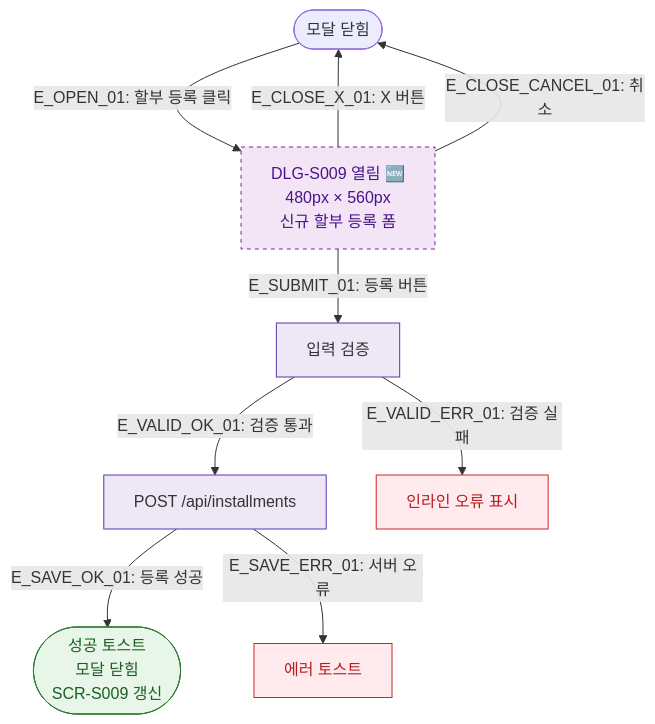
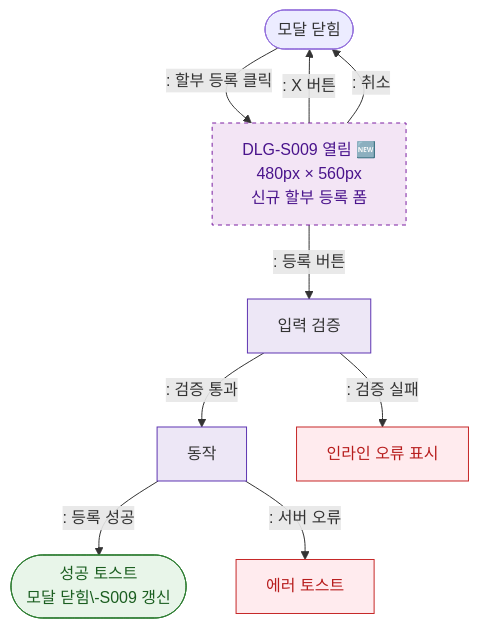
Before and after one commit to dev-spogym/admin-pando: the diagram in docs/다이어그램/D03_매출관리/DLG-S009_할부등록/M1_모달생명주기.md, drawn with Mermaid. The commit also changed other lines of this file and 1660 other files, not shown here.

First line of the commit message:
다이어그램: 기획자/클라이언트 납품본으로 정리

````diff
--- a/docs/다이어그램/D03_매출관리/DLG-S009_할부등록/M1_모달생명주기.md
+++ b/docs/다이어그램/D03_매출관리/DLG-S009_할부등록/M1_모달생명주기.md
@@ -20,24 +18,24 @@
 ```mermaid
 flowchart TD
-    CLOSED([모달 닫힘]) -->|"E_OPEN_01: 할부 등록 클릭"| OPEN[DLG-S009 열림 🆕\n480px × 560px\n신규 할부 등록 폼]
+    CLOSED([모달 닫힘]) -->|": 할부 등록 클릭"|OPEN[DLG-S009 열림 🆕\n480px × 560px\n신규 할부 등록 폼]
 
-    OPEN -->|"E_SUBMIT_01: 등록 버튼"| VALIDATE[입력 검증]
-    OPEN -->|"E_CLOSE_X_01: X 버튼"| CLOSED
-    OPEN -->|"E_CLOSE_CANCEL_01: 취소"| CLOSED
+    OPEN -->|": 등록 버튼"|VALIDATE[입력 검증]
+    OPEN -->|": X 버튼"|CLOSED
+    OPEN -->|": 취소"|CLOSED
 
-    VALIDATE -->|"E_VALID_OK_01: 검증 통과"| SAVE[POST /api/installments]
-    VALIDATE -->|"E_VALID_ERR_01: 검증 실패"| ERR_INLINE[인라인 오류 표시]
+    VALIDATE -->|": 검증 통과"|SAVE[동작]
+    VALIDATE -->|": 검증 실패"|ERR_INLINE[인라인 오류 표시]
 
-    SAVE -->|"E_SAVE_OK_01: 등록 성공"| SUCCESS([성공 토스트\n모달 닫힘\nSCR-S009 갱신])
-    SAVE -->|"E_SAVE_ERR_01: 서버 오류"| ERR_TOAST[에러 토스트]
+    SAVE -->|": 등록 성공"|SUCCESS([성공 토스트\n모달 닫힘\-S009 갱신])
+    SAVE -->|": 서버 오류"|ERR_TOAST[에러 토스트]
 
     classDef newFeature fill:#F3E5F5,stroke:#7B1FA2,color:#4A148C,stroke-dasharray:4 4
     classDef system fill:#EDE7F6,stroke:#5E35B2
     classDef success fill:#E8F5E9,stroke:#2E7D32,color:#1B5E20
     classDef error fill:#FFEBEE,stroke:#C62828,color:#B71C1C
 
     class OPEN newFeature
     class VALIDATE,SAVE system
     class SUCCESS success
     class ERR_INLINE,ERR_TOAST error
 ```
````
